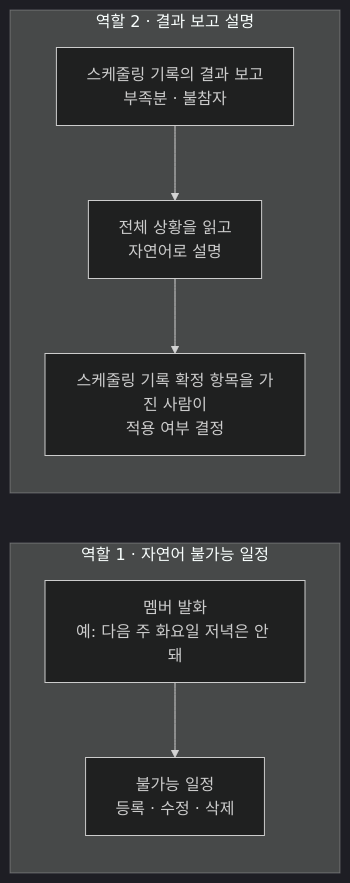
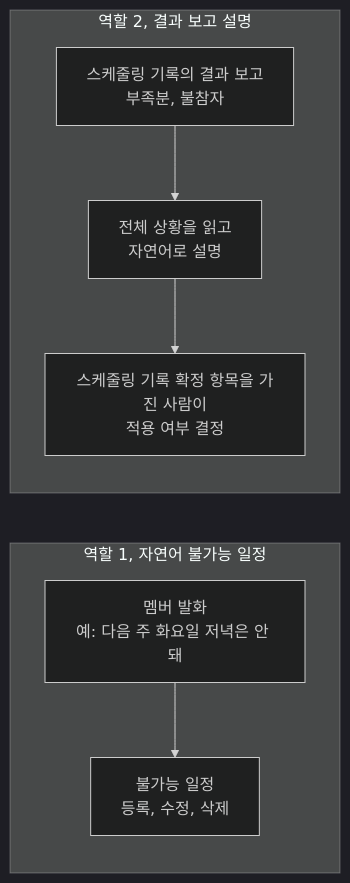
Before and after one commit to minkong-dev/Banblit: the diagram in .cluedoc/llm-assistant/llm-assistant.md, drawn with Mermaid (dark theme). The commit also changed other lines of this file and 21 other files, not shown here.

````diff
--- a/.cluedoc/llm-assistant/llm-assistant.md
+++ b/.cluedoc/llm-assistant/llm-assistant.md
@@ -8,9 +8,9 @@
 ```mermaid
 flowchart LR
-    subgraph R1[역할 1 · 자연어 불가능 일정]
-        A["멤버 발화<br/>예: 다음 주 화요일 저녁은 안 돼"] --> B[불가능 일정<br/>등록 · 수정 · 삭제]
+    subgraph R1[역할 1, 자연어 불가능 일정]
+        A["멤버 발화<br/>예: 다음 주 화요일 저녁은 안 돼"] --> B[불가능 일정<br/>등록, 수정, 삭제]
     end
-    subgraph R2[역할 2 · 결과 보고 설명]
-        C[스케줄링 기록의 결과 보고<br/>부족분 · 불참자] --> D[전체 상황을 읽고<br/>자연어로 설명] --> E[스케줄링 기록 확정 항목을 가진 사람이<br/>적용 여부 결정]
+    subgraph R2[역할 2, 결과 보고 설명]
+        C[스케줄링 기록의 결과 보고<br/>부족분, 불참자] --> D[전체 상황을 읽고<br/>자연어로 설명] --> E[스케줄링 기록 확정 항목을 가진 사람이<br/>적용 여부 결정]
     end
 ```
````
